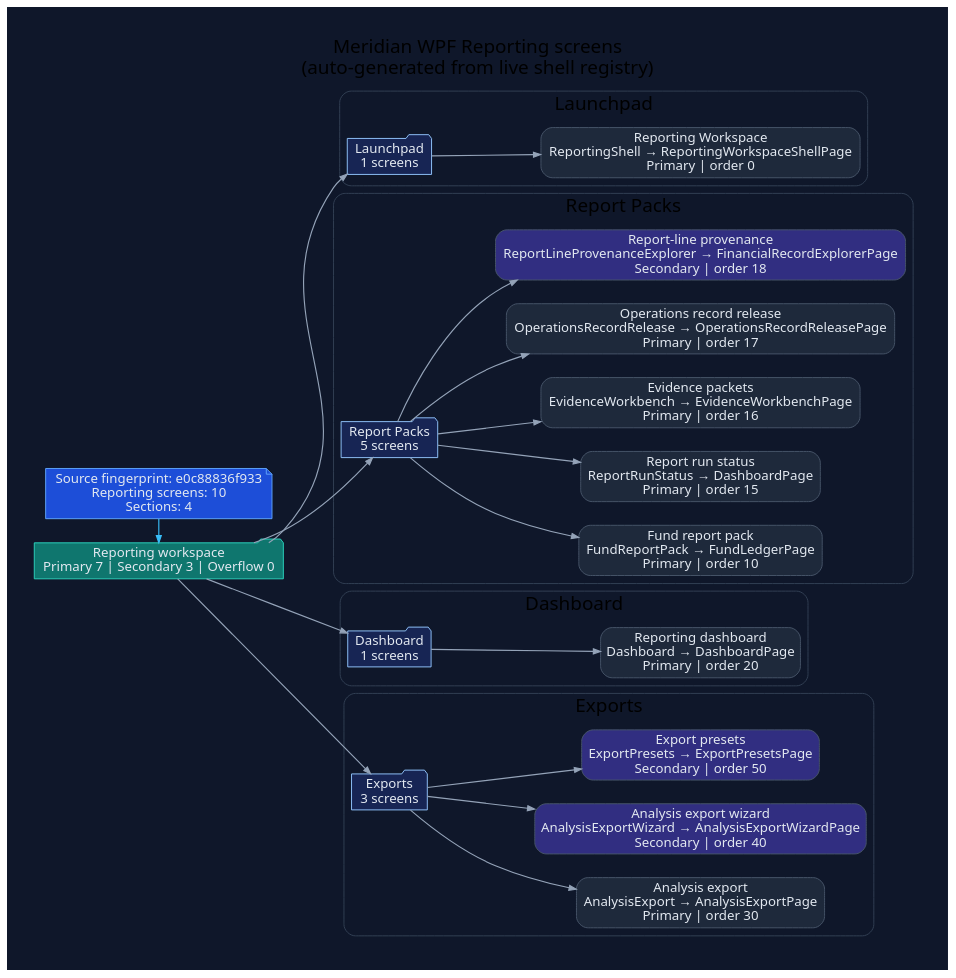
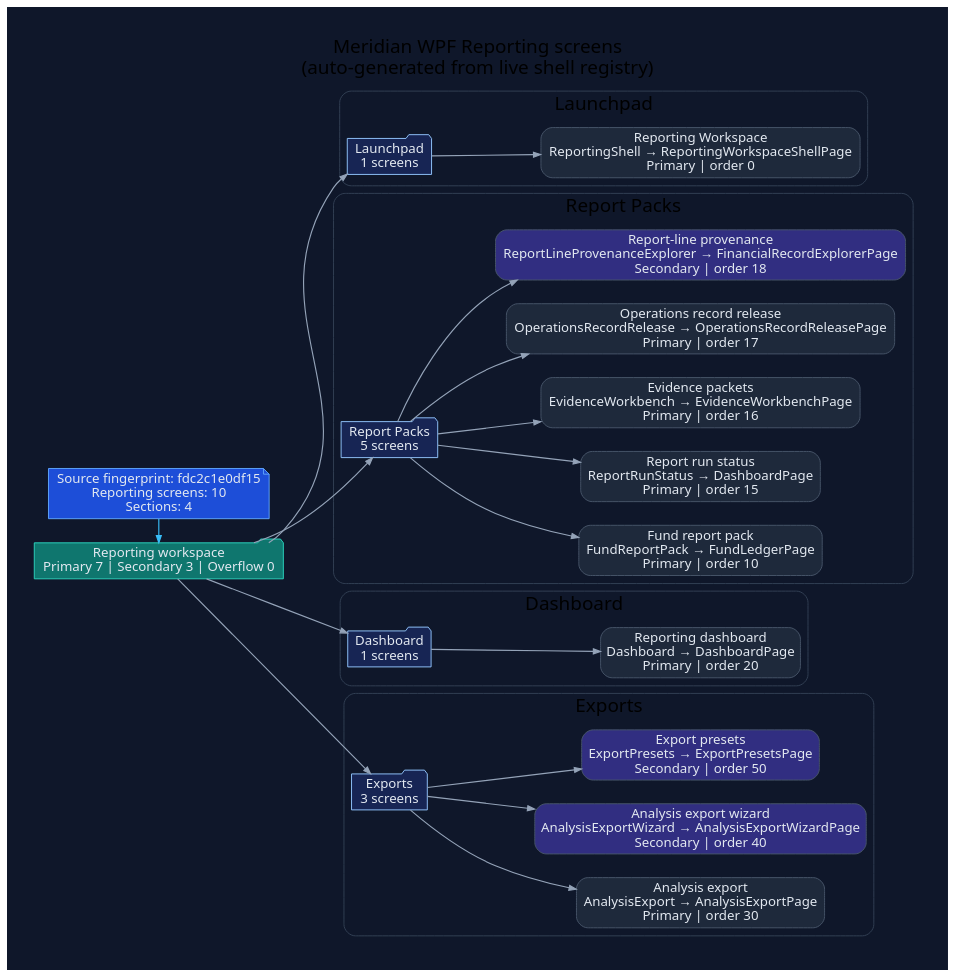
The diagram in docs/diagrams/ui-wpf-screens-reporting.dot (rodoHasArrived/Meridian-main), drawn with Graphviz before and after one commit. The commit also changed 187 other files, not shown here.

```diff
--- a/docs/diagrams/ui-wpf-screens-reporting.dot
+++ b/docs/diagrams/ui-wpf-screens-reporting.dot
@@ -1,78 +1,78 @@
 // -----------------------------------------------------------------------------
 // <auto-generated>
 // Generated by scripts/generate-diagrams.mjs.
 // Do not edit this file directly; update the WPF source files instead.
 // -----------------------------------------------------------------------------
 digraph WpfReportingScreens {
   graph [
     rankdir=LR,
     labelloc=t,
     label="Meridian WPF Reporting screens\n(auto-generated from live shell registry)",
     fontname="Segoe UI",
     fontsize=20,
     pad=0.4,
     nodesep=0.35,
     ranksep=0.85,
     bgcolor="#0f172a"
   ];
   node [fontname="Segoe UI", shape=box, style="rounded,filled", color="#475569", fontcolor="#e2e8f0", fillcolor="#1e293b"];
   edge [fontname="Segoe UI", color="#94a3b8", penwidth=1.2, arrowsize=0.75];
 
-  generated [shape=note, fillcolor="#1d4ed8", color="#60a5fa", label="Source fingerprint: e0c88836f933\nReporting screens: 10\nSections: 4"];
+  generated [shape=note, fillcolor="#1d4ed8", color="#60a5fa", label="Source fingerprint: fdc2c1e0df15\nReporting screens: 10\nSections: 4"];
   workspace [shape=folder, fillcolor="#0f766e", color="#2dd4bf", label="Reporting workspace\nPrimary 7 | Secondary 3 | Overflow 0"];
   generated -> workspace [color="#38bdf8"];
 
   subgraph cluster_section_1 {
     label="Launchpad";
     color="#334155";
     style="rounded";
     section_1 [shape=folder, fillcolor="#172554", color="#93c5fd", label="Launchpad\n1 screens"];
     workspace -> section_1;
     screen_ReportingShell [fillcolor="#1e293b", label="Reporting Workspace\nReportingShell → ReportingWorkspaceShellPage\nPrimary | order 0"];
     section_1 -> screen_ReportingShell;
   }
 
   subgraph cluster_section_2 {
     label="Report Packs";
     color="#334155";
     style="rounded";
     section_2 [shape=folder, fillcolor="#172554", color="#93c5fd", label="Report Packs\n5 screens"];
     workspace -> section_2;
     screen_FundReportPack [fillcolor="#1e293b", label="Fund report pack\nFundReportPack → FundLedgerPage\nPrimary | order 10"];
     section_2 -> screen_FundReportPack;
     screen_ReportRunStatus [fillcolor="#1e293b", label="Report run status\nReportRunStatus → DashboardPage\nPrimary | order 15"];
     section_2 -> screen_ReportRunStatus;
     screen_EvidenceWorkbench [fillcolor="#1e293b", label="Evidence packets\nEvidenceWorkbench → EvidenceWorkbenchPage\nPrimary | order 16"];
     section_2 -> screen_EvidenceWorkbench;
     screen_OperationsRecordRelease [fillcolor="#1e293b", label="Operations record release\nOperationsRecordRelease → OperationsRecordReleasePage\nPrimary | order 17"];
     section_2 -> screen_OperationsRecordRelease;
     screen_ReportLineProvenanceExplorer [fillcolor="#312e81", label="Report-line provenance\nReportLineProvenanceExplorer → FinancialRecordExplorerPage\nSecondary | order 18"];
     section_2 -> screen_ReportLineProvenanceExplorer;
   }
 
   subgraph cluster_section_3 {
     label="Dashboard";
     color="#334155";
     style="rounded";
     section_3 [shape=folder, fillcolor="#172554", color="#93c5fd", label="Dashboard\n1 screens"];
     workspace -> section_3;
     screen_Dashboard [fillcolor="#1e293b", label="Reporting dashboard\nDashboard → DashboardPage\nPrimary | order 20"];
     section_3 -> screen_Dashboard;
   }
 
   subgraph cluster_section_4 {
     label="Exports";
     color="#334155";
     style="rounded";
     section_4 [shape=folder, fillcolor="#172554", color="#93c5fd", label="Exports\n3 screens"];
     workspace -> section_4;
     screen_AnalysisExport [fillcolor="#1e293b", label="Analysis export\nAnalysisExport → AnalysisExportPage\nPrimary | order 30"];
     section_4 -> screen_AnalysisExport;
     screen_AnalysisExportWizard [fillcolor="#312e81", label="Analysis export wizard\nAnalysisExportWizard → AnalysisExportWizardPage\nSecondary | order 40"];
     section_4 -> screen_AnalysisExportWizard;
     screen_ExportPresets [fillcolor="#312e81", label="Export presets\nExportPresets → ExportPresetsPage\nSecondary | order 50"];
     section_4 -> screen_ExportPresets;
   }
 
   { rank=min; generated; workspace; }
 }
```
